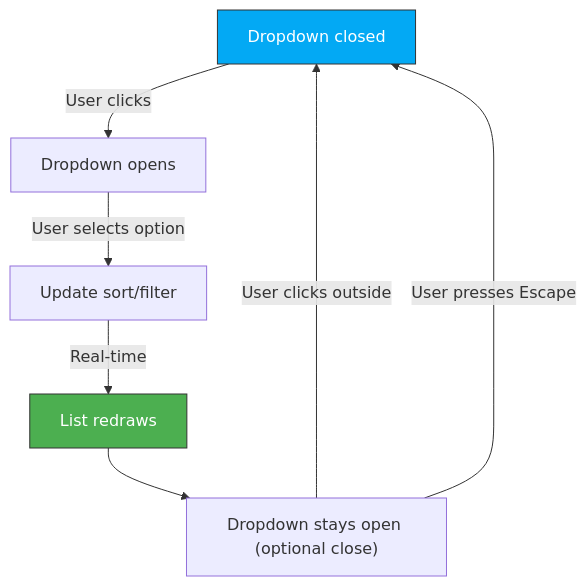
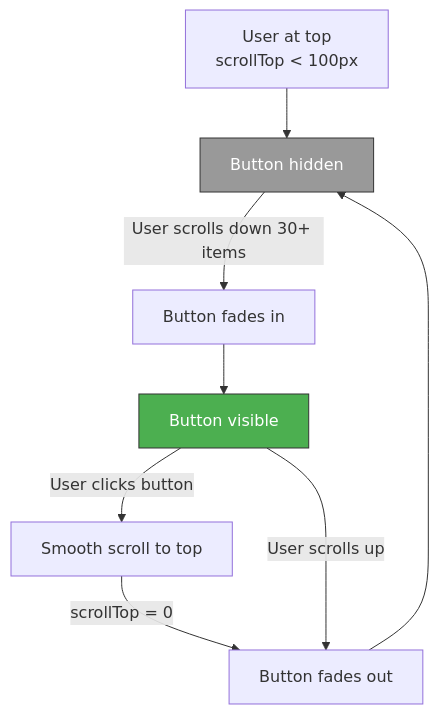
One commit to declanshanaghy/vulcan-brownout changed the third of 5 diagrams in design/interactions.md. Above: the diagram before and after it, drawn with Mermaid. The commit also changed other lines of this file and 19 other files, not shown here.

````diff
--- a/design/interactions.md
+++ b/design/interactions.md
@@ -486,12 +341,13 @@
 ```mermaid
 graph TD
-    A["Dropdown closed"] -->|User clicks| B["Dropdown opens"]
-    B -->|User selects option| C["Update sort/filter"]
-    C -->|Real-time| D["List redraws"]
-    D --> E["Dropdown stays open (optional close)"]
-    E -->|User clicks outside| A
-    E -->|User presses Escape| A
+    A["User at top<br/>scrollTop < 100px"] --> B["Button hidden"]
+    B -->|User scrolls down 30+ items| C["Button fades in"]
+    C --> D["Button visible"]
+    D -->|User clicks button| E["Smooth scroll to top"]
+    E -->|scrollTop = 0| F["Button fades out"]
+    F --> B
+    D -->|User scrolls up| F
 
-    style A fill:#03A9F4,stroke:#333,color:#fff
     style D fill:#4CAF50,stroke:#333,color:#fff
+    style B fill:#999,stroke:#333,color:#fff
 ```
````
